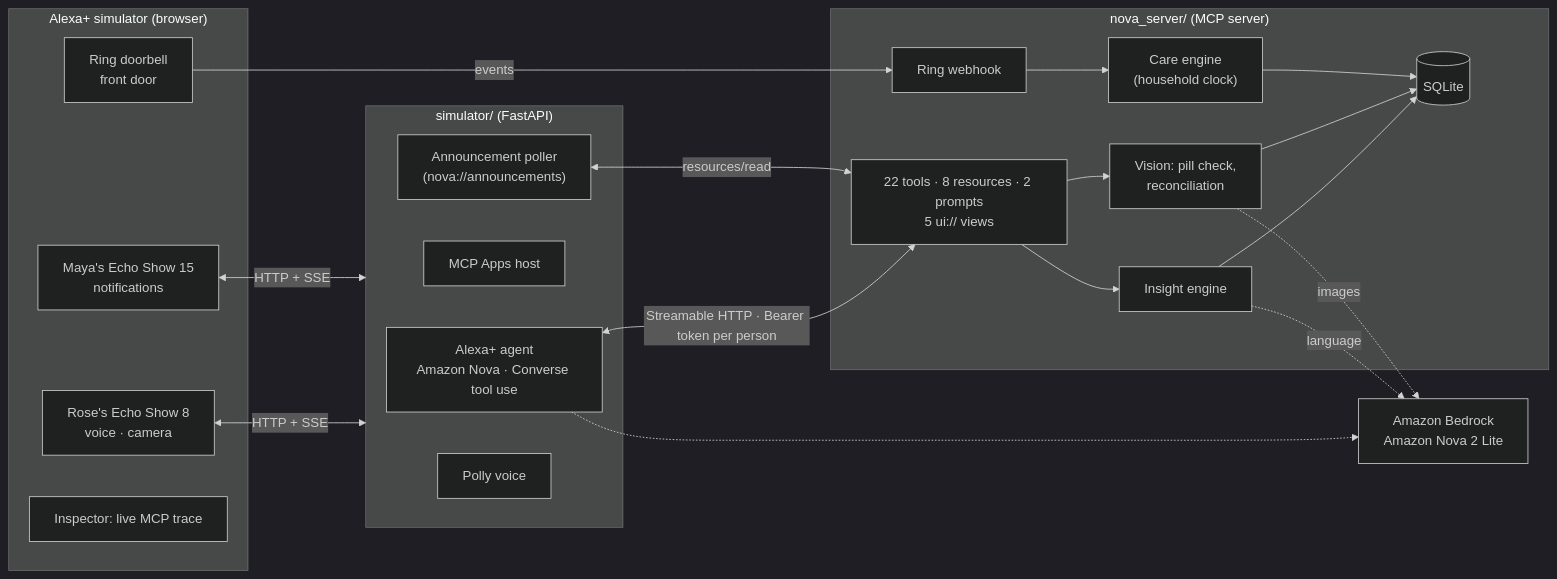
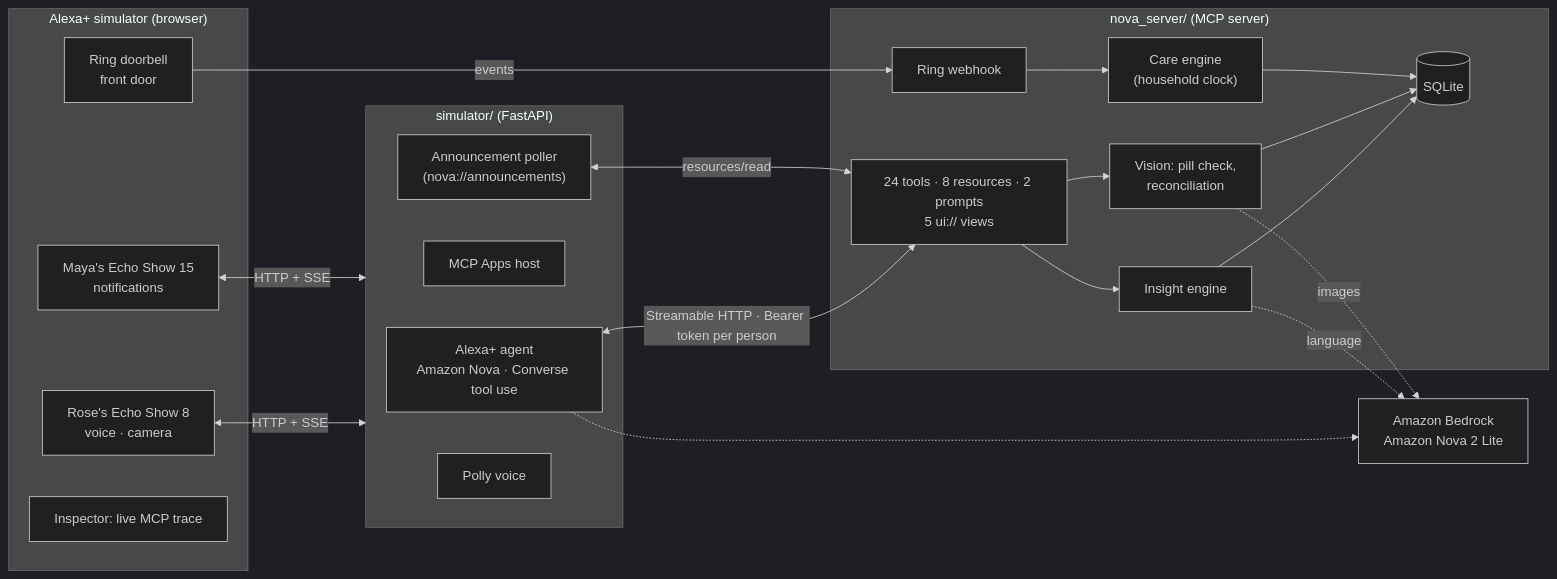
Before and after one commit to Dakshhhhh-ops/nova: the diagram in README.md, drawn with Mermaid (dark theme). The commit also changed other lines of this file and 8 other files, not shown here.

````diff
--- a/README.md
+++ b/README.md
@@ -84,33 +84,33 @@
 ```mermaid
 flowchart LR
   subgraph Browser["Alexa+ simulator (browser)"]
     R["Rose's Echo Show 8<br/>voice · camera"]
     D["Ring doorbell<br/>front door"]
     M["Maya's Echo Show 15<br/>notifications"]
     I["Inspector: live MCP trace"]
   end
   subgraph Sim["simulator/ (FastAPI)"]
     A["Alexa+ agent<br/>Amazon Nova · Converse tool use"]
     H["MCP Apps host"]
     P["Announcement poller<br/>(nova://announcements)"]
     V["Polly voice"]
   end
   subgraph Nova["nova_server/ (MCP server)"]
-    T["22 tools · 8 resources · 2 prompts<br/>5 ui:// views"]
+    T["24 tools · 8 resources · 2 prompts<br/>5 ui:// views"]
     E["Care engine<br/>(household clock)"]
     X["Insight engine"]
     S["Vision: pill check,<br/>reconciliation"]
     W["Ring webhook"]
     DB[("SQLite")]
   end
   R & M <-->|HTTP + SSE| Sim
   D -->|events| W
   A <-->|"Streamable HTTP · Bearer token per person"| T
   P <-->|resources/read| T
   T --> X & S --> DB
   E --> DB
   W --> E
   X -.->|language| BR["Amazon Bedrock<br/>Amazon Nova 2 Lite"]
   S -.->|images| BR
   A -.-> BR
 ```
````
